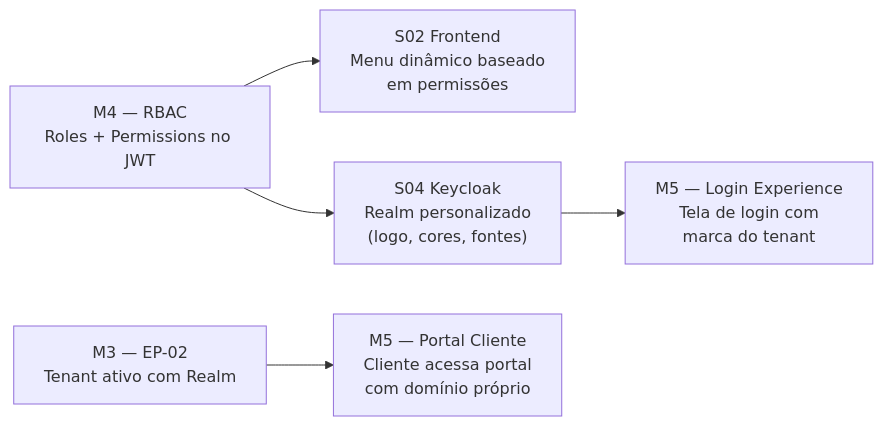
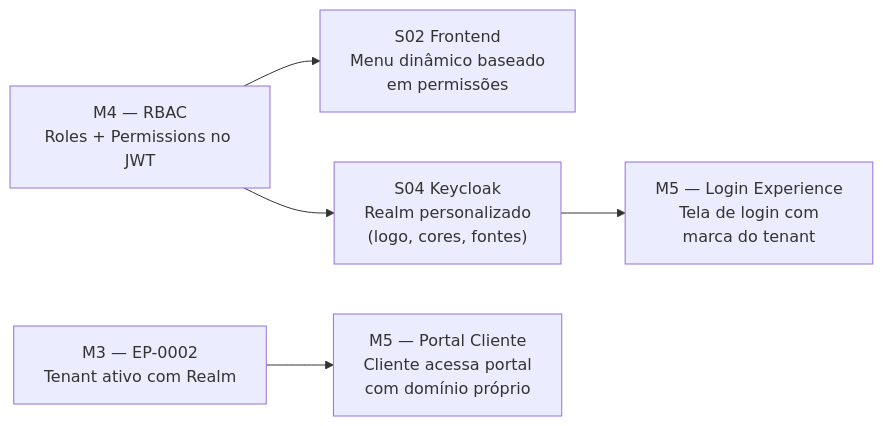
The fifth of 7 diagrams in business-inputs/business-projects/PRJ-FIN-2026-0003-SAAS-FBSO-ORG/technical-definitions/PROJECT-TECHNICAL-DEFINITIONS-MILESTONES.md (bolismar69/workspace-fbso), drawn with Mermaid before and after one commit. The commit also changed other lines of this file and 9 other files, not shown here.

````diff
--- a/business-inputs/business-projects/PRJ-FIN-2026-0003-SAAS-FBSO-ORG/technical-definitions/PROJECT-TECHNICAL-DEFINITIONS-MILESTONES.md
+++ b/business-inputs/business-projects/PRJ-FIN-2026-0003-SAAS-FBSO-ORG/technical-definitions/PROJECT-TECHNICAL-DEFINITIONS-MILESTONES.md
@@ -274,7 +276,7 @@
 ```mermaid
 flowchart LR
     M4["M4 — RBAC<br/>Roles + Permissions no JWT"] --> S02["S02 Frontend<br/>Menu dinâmico baseado<br/>em permissões"]
-    M3["M3 — EP-02<br/>Tenant ativo com Realm"] --> M5A["M5 — Portal Cliente<br/>Cliente acessa portal<br/>com domínio próprio"]
+    M3["M3 — EP-0002<br/>Tenant ativo com Realm"] --> M5A["M5 — Portal Cliente<br/>Cliente acessa portal<br/>com domínio próprio"]
     M4 --> S04["S04 Keycloak<br/>Realm personalizado<br/>(logo, cores, fontes)"]
     S04 --> M5B["M5 — Login Experience<br/>Tela de login com<br/>marca do tenant"]
 ```
````
